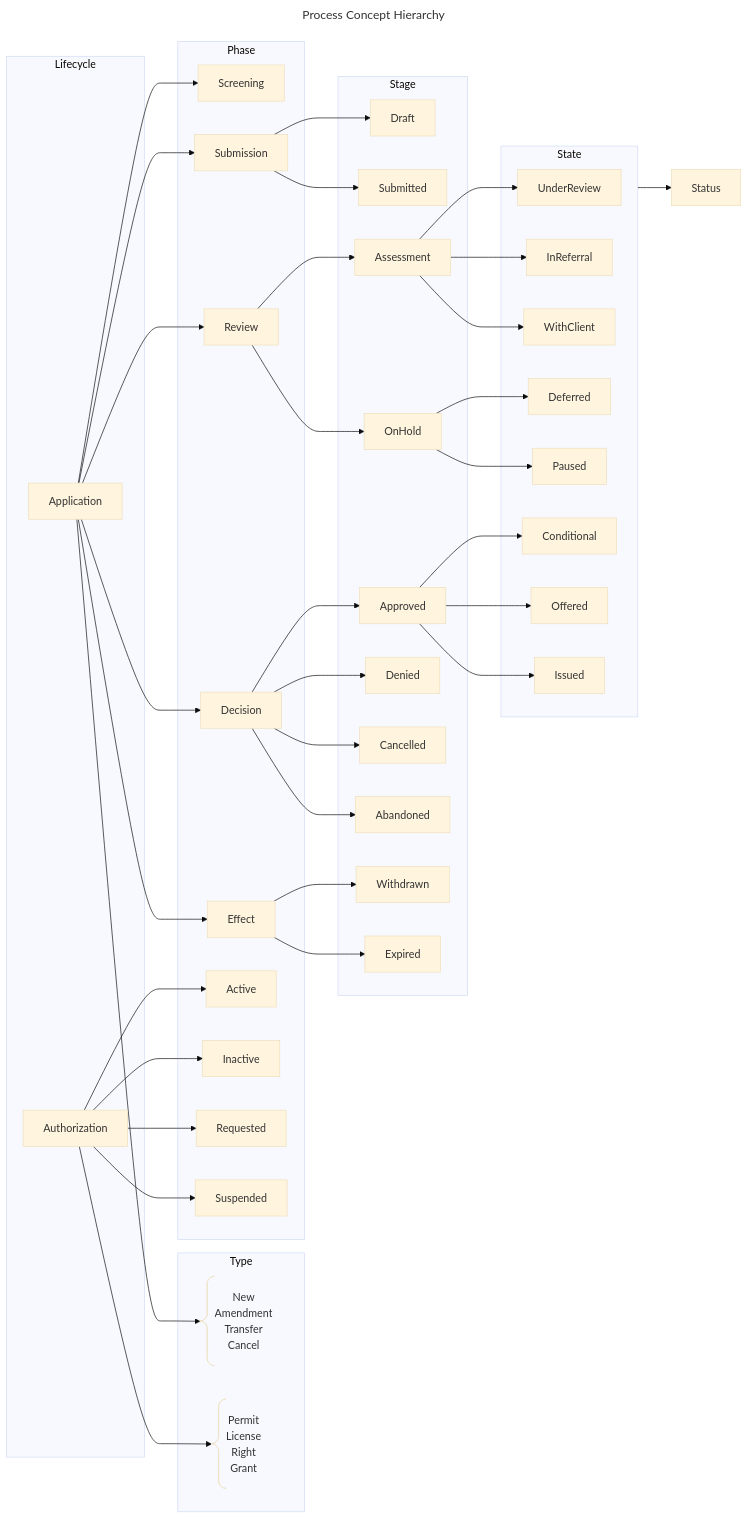
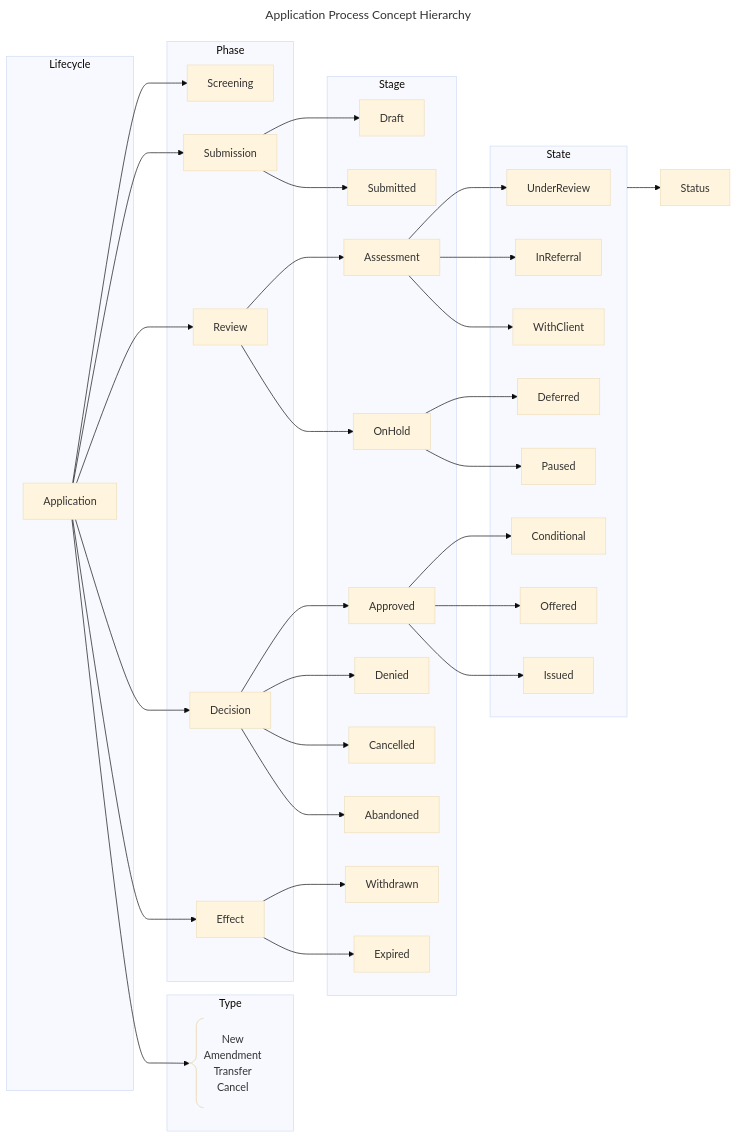
The first of 2 diagrams in docs/spec/concept/process_tracking.md (bcgov/nr-pies), drawn with Mermaid (base theme) before and after one commit. The commit also changed other lines of this file, not shown here.

Commit message:
Split application and authorization into separate tree graphs

````diff
--- a/docs/spec/concept/process_tracking.md
+++ b/docs/spec/concept/process_tracking.md
@@ -19,16 +19,12 @@
 ```mermaid
 ---
-title: Process Concept Hierarchy
+title: Application Process Concept Hierarchy
 ---
 flowchart LR
   AppType@{ shape: comment, label: "New
   Amendment
   Transfer
   Cancel" }
-  AuthType@{ shape: comment, label: "Permit
-  License
-  Right
-  Grant"}
 
   Application --> Screening
   Application --> Submission
@@ -36,12 +32,6 @@
   Application --> Decision
   Application --> Effect
   Application --> AppType
-
-  Authorization --> Active
-  Authorization --> Inactive
-  Authorization --> Requested
-  Authorization --> Suspended
-  Authorization --> AuthType
 
   Submission --> Draft
   Submission --> Submitted
@@ -67,12 +57,10 @@
 
   subgraph Lifecycle
     Application
-    Authorization
   end
 
   subgraph Type
     AppType
-    AuthType
   end
 
   subgraph Phase
@@ -81,10 +69,6 @@
     Review
     Decision
     Effect
-    Active
-    Inactive
-    Requested
-    Suspended
   end
 
   subgraph Stage
````
